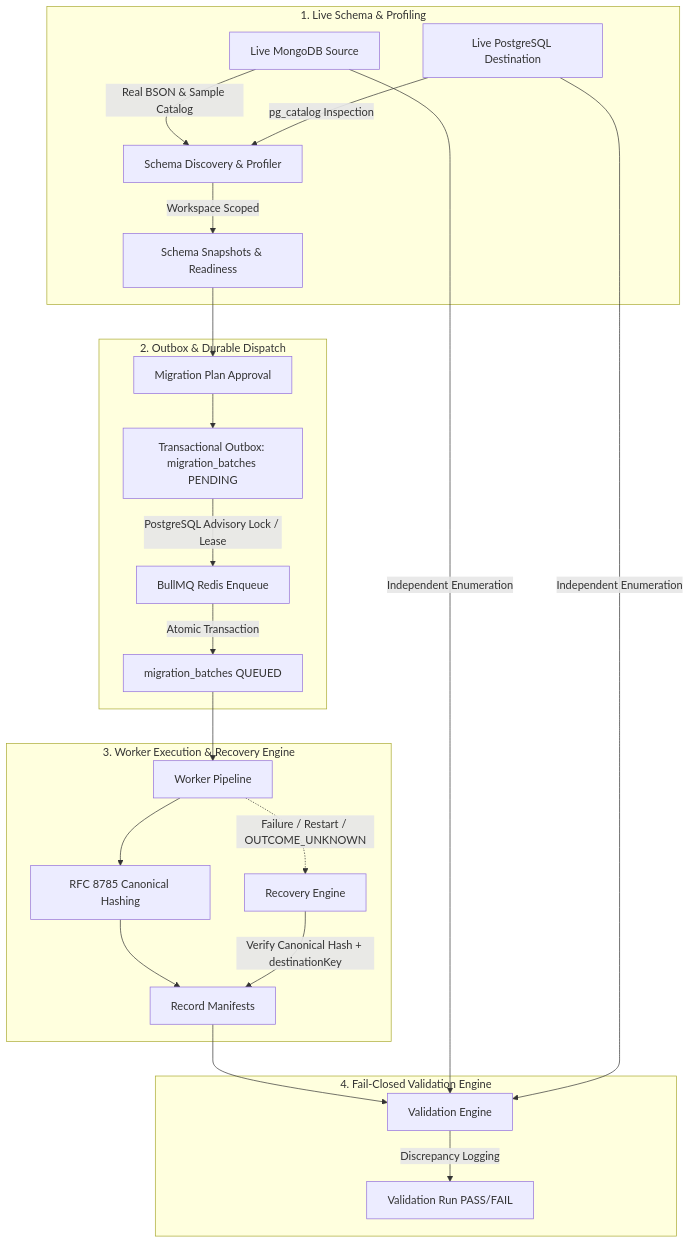
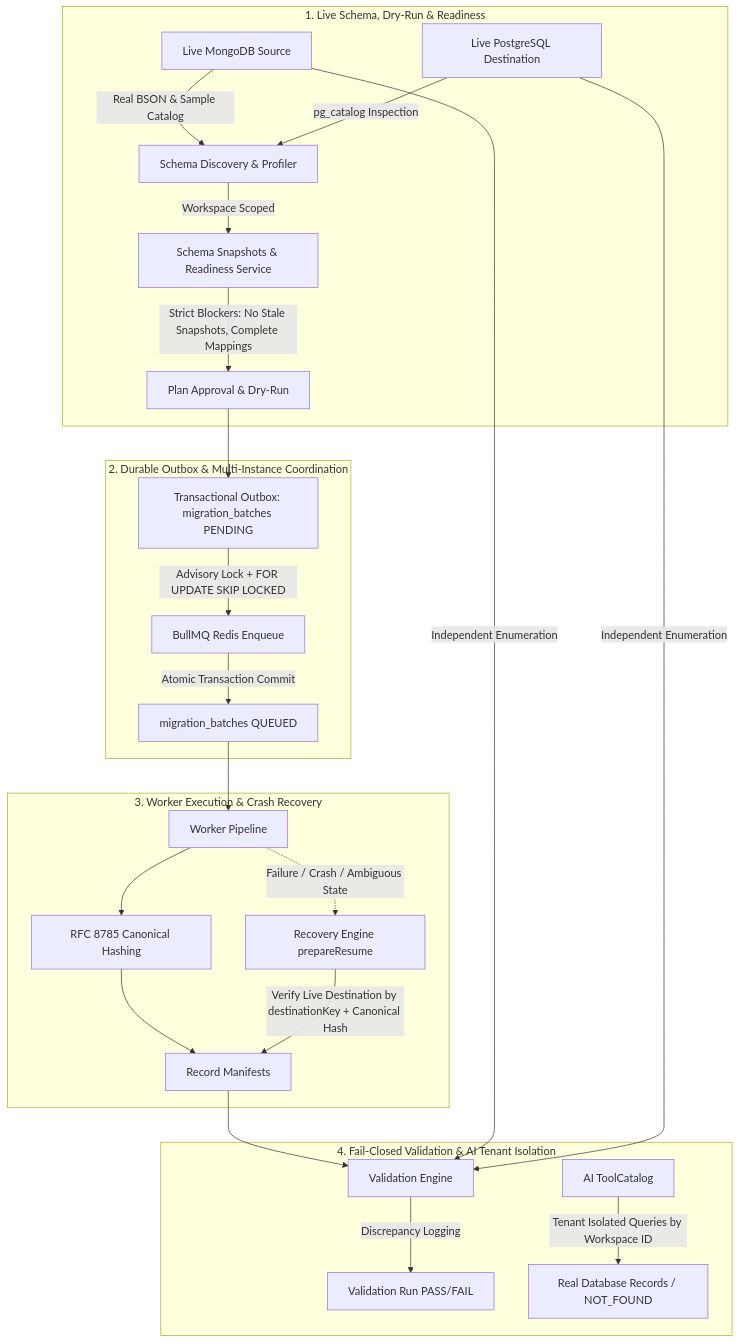
The diagram in AUDIT_REMEDIATION_REPORT.md (shivkantdhakre/migration-guard), drawn with Mermaid before and after one commit. The commit also changed other lines of this file, not shown here.

Commit message:
docs: update consolidated report with GitHub code review remediation details and commit 0094f68

````diff
--- a/AUDIT_REMEDIATION_REPORT.md
+++ b/AUDIT_REMEDIATION_REPORT.md
@@ -29,30 +31,31 @@
 ```mermaid
 flowchart TD
-    subgraph Ingestion_and_Profiling["1. Live Schema & Profiling"]
+    subgraph Ingestion_and_Readiness["1. Live Schema, Dry-Run & Readiness"]
         A[Live MongoDB Source] -->|Real BSON & Sample Catalog| B[Schema Discovery & Profiler]
         C[Live PostgreSQL Destination] -->|pg_catalog Inspection| B
-        B -->|Workspace Scoped| D[Schema Snapshots & Readiness]
+        B -->|Workspace Scoped| D[Schema Snapshots & Readiness Service]
+        D -->|Strict Blockers: No Stale Snapshots, Complete Mappings| E[Plan Approval & Dry-Run]
     end
 
-    subgraph Batch_Dispatch["2. Outbox & Durable Dispatch"]
-        D --> E[Migration Plan Approval]
+    subgraph Outbox_and_Coordination["2. Durable Outbox & Multi-Instance Coordination"]
         E --> F[Transactional Outbox: migration_batches PENDING]
-        F -->|PostgreSQL Advisory Lock / Lease| G[BullMQ Redis Enqueue]
-        G -->|Atomic Transaction| H[migration_batches QUEUED]
+        F -->|Advisory Lock + FOR UPDATE SKIP LOCKED| G[BullMQ Redis Enqueue]
+        G -->|Atomic Transaction Commit| H[migration_batches QUEUED]
     end
 
-    subgraph Worker_and_Recovery["3. Worker Execution & Recovery Engine"]
+    subgraph Worker_and_Reconciliation["3. Worker Execution & Crash Recovery"]
         H --> I[Worker Pipeline]
         I --> J[RFC 8785 Canonical Hashing]
         J --> K[Record Manifests]
-        I -.->|Failure / Restart / OUTCOME_UNKNOWN| L[Recovery Engine]
-        L -->|Verify Canonical Hash + destinationKey| K
+        I -.->|Failure / Crash / Ambiguous State| L[Recovery Engine prepareResume]
+        L -->|Verify Live Destination by destinationKey + Canonical Hash| K
     end
 
-    subgraph Validation["4. Fail-Closed Validation Engine"]
+    subgraph Validation_and_Isolation["4. Fail-Closed Validation & AI Tenant Isolation"]
         K --> M[Validation Engine]
         A -->|Independent Enumeration| M
         C -->|Independent Enumeration| M
         M -->|Discrepancy Logging| N[Validation Run PASS/FAIL]
+        O[AI ToolCatalog] -->|Tenant Isolated Queries by Workspace ID| P[Real Database Records / NOT_FOUND]
     end
 ```
````
